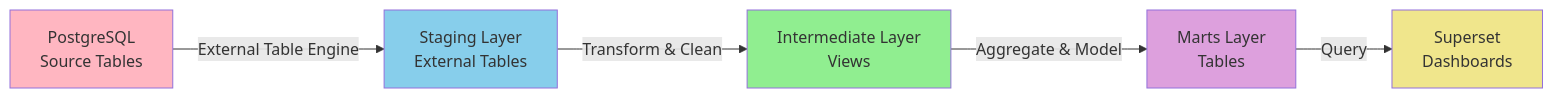
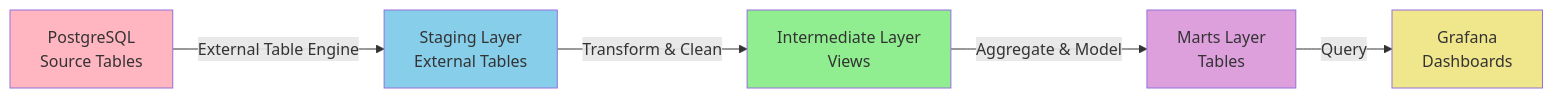
Before and after one commit to beefyfinance/beefy-databarn: the second of 2 diagrams in README.md, drawn with Mermaid. The commit also changed other lines of this file and 24 other files, not shown here.

````diff
--- a/README.md
+++ b/README.md
@@ -248,13 +225,13 @@
 ```mermaid
 graph LR
     A[PostgreSQL<br/>Source Tables] -->|External Table Engine| B[Staging Layer<br/>External Tables]
     B -->|Transform & Clean| C[Intermediate Layer<br/>Views]
     C -->|Aggregate & Model| D[Marts Layer<br/>Tables]
-    D -->|Query| E[Superset<br/>Dashboards]
+    D -->|Query| E[Grafana<br/>Dashboards]
     
     style A fill:#FFB6C1
     style B fill:#87CEEB
     style C fill:#90EE90
     style D fill:#DDA0DD
     style E fill:#F0E68C
 ```
````
